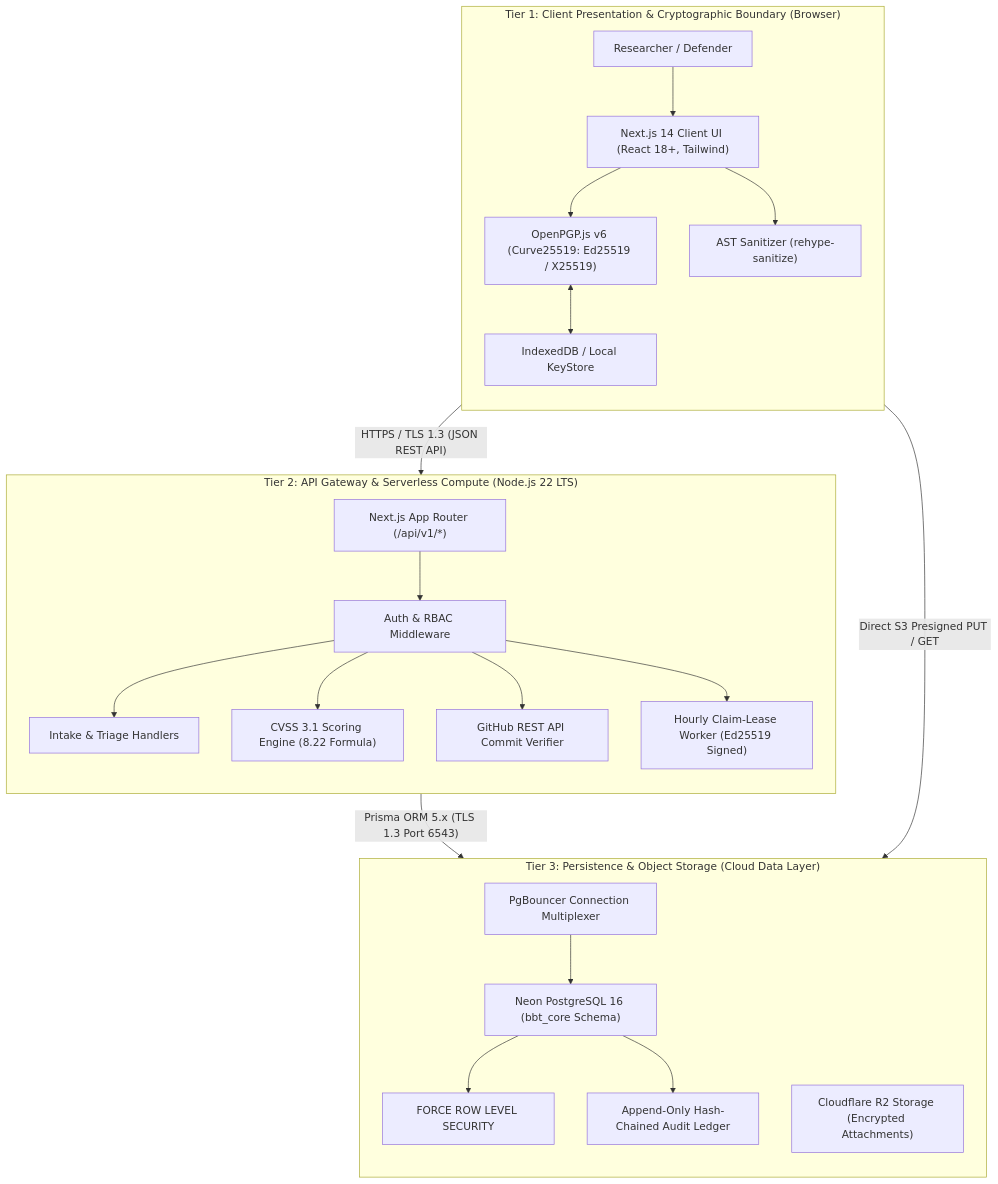
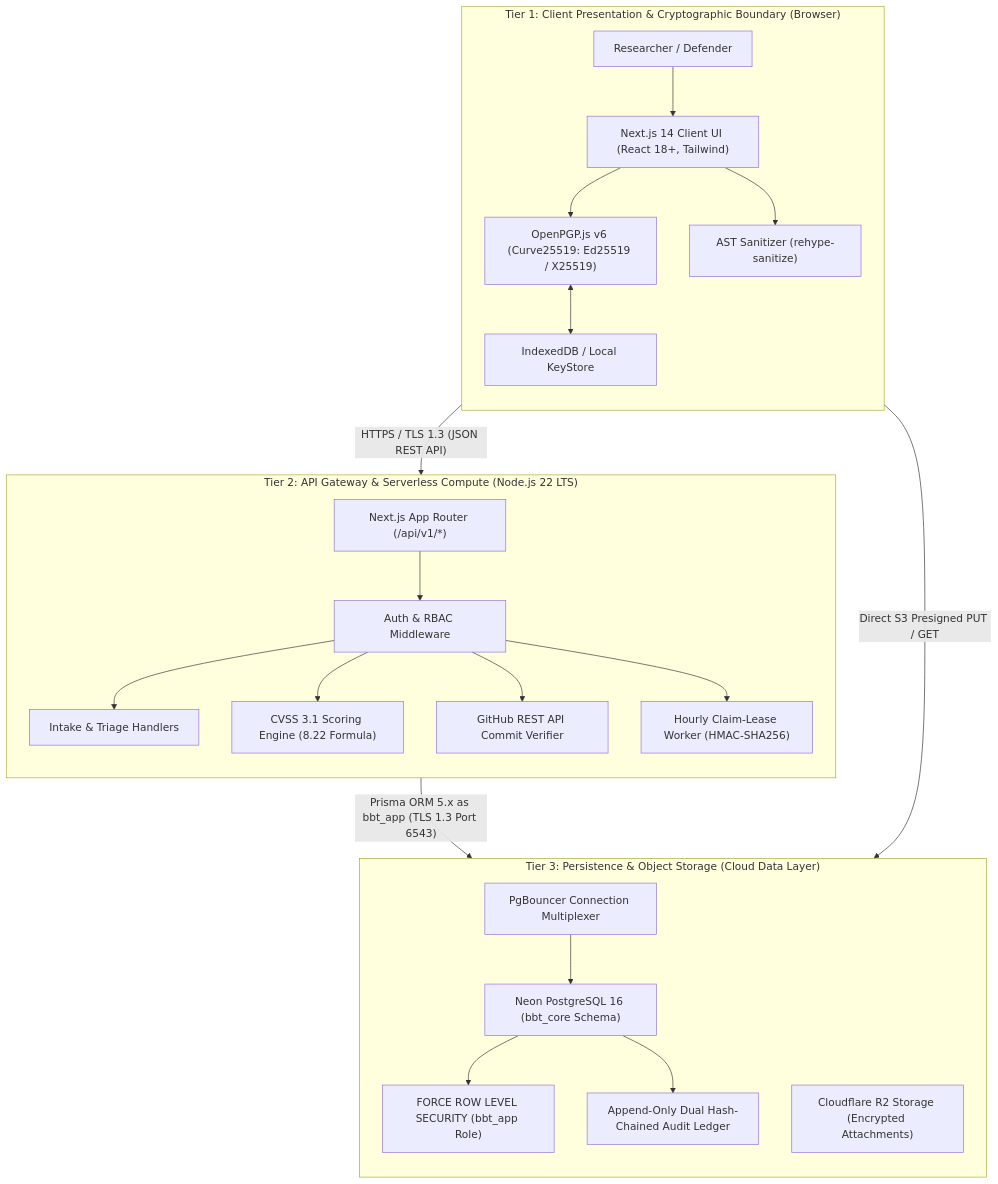
Before and after one commit to Taha-Asad/BugBountyTracker: the first of 3 diagrams in tasks/week-03-high-level-architecture-cloud-topology.md, drawn with Mermaid. The commit also changed other lines of this file and 16 other files, not shown here.

Commit message:
fix(arch): align Week 3 architecture with submitted SRS Revision 2.8 and university evaluator feedback

````diff
--- a/tasks/week-03-high-level-architecture-cloud-topology.md
+++ b/tasks/week-03-high-level-architecture-cloud-topology.md
@@ -41,31 +42,31 @@
 ```mermaid
 flowchart TB
     subgraph TIER1["Tier 1: Client Presentation & Cryptographic Boundary (Browser)"]
         direction TB
         ACT["Researcher / Defender"] --> UI["Next.js 14 Client UI (React 18+, Tailwind)"]
         UI --> CRYPTO["OpenPGP.js v6 (Curve25519: Ed25519 / X25519)"]
         UI --> SAN["AST Sanitizer (rehype-sanitize)"]
         CRYPTO <--> KEYSTORE["IndexedDB / Local KeyStore"]
     end
 
     subgraph TIER2["Tier 2: API Gateway & Serverless Compute (Node.js 22 LTS)"]
         direction TB
         ROUTER["Next.js App Router (/api/v1/*)"] --> AUTH["Auth & RBAC Middleware"]
         AUTH --> INTAKE["Intake & Triage Handlers"]
         AUTH --> CVSS["CVSS 3.1 Scoring Engine (8.22 Formula)"]
         AUTH --> GITHUB["GitHub REST API Commit Verifier"]
-        AUTH --> CRON["Hourly Claim-Lease Worker (Ed25519 Signed)"]
+        AUTH --> CRON["Hourly Claim-Lease Worker (HMAC-SHA256)"]
     end
 
     subgraph TIER3["Tier 3: Persistence & Object Storage (Cloud Data Layer)"]
         direction TB
         PGBOUNCER["PgBouncer Connection Multiplexer"] --> NEON["Neon PostgreSQL 16 (bbt_core Schema)"]
-        NEON --> RLS["FORCE ROW LEVEL SECURITY"]
-        NEON --> AUDIT["Append-Only Hash-Chained Audit Ledger"]
+        NEON --> RLS["FORCE ROW LEVEL SECURITY (bbt_app Role)"]
+        NEON --> AUDIT["Append-Only Dual Hash-Chained Audit Ledger"]
         R2["Cloudflare R2 Storage (Encrypted Attachments)"]
     end
 
     UI -- "HTTPS / TLS 1.3 (JSON REST API)" --> ROUTER
     CRYPTO -- "Direct S3 Presigned PUT / GET" --> R2
-    INTAKE -- "Prisma ORM 5.x (TLS 1.3 Port 6543)" --> PGBOUNCER
+    INTAKE -- "Prisma ORM 5.x as bbt_app (TLS 1.3 Port 6543)" --> PGBOUNCER
 ```
````
